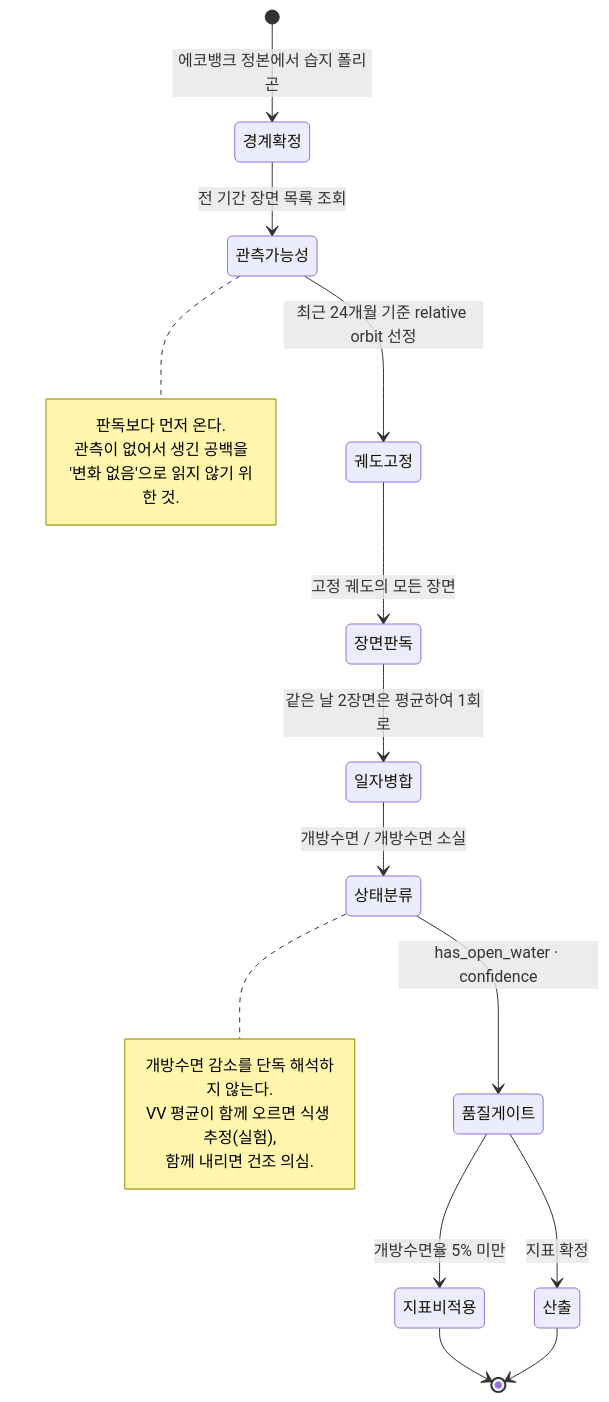
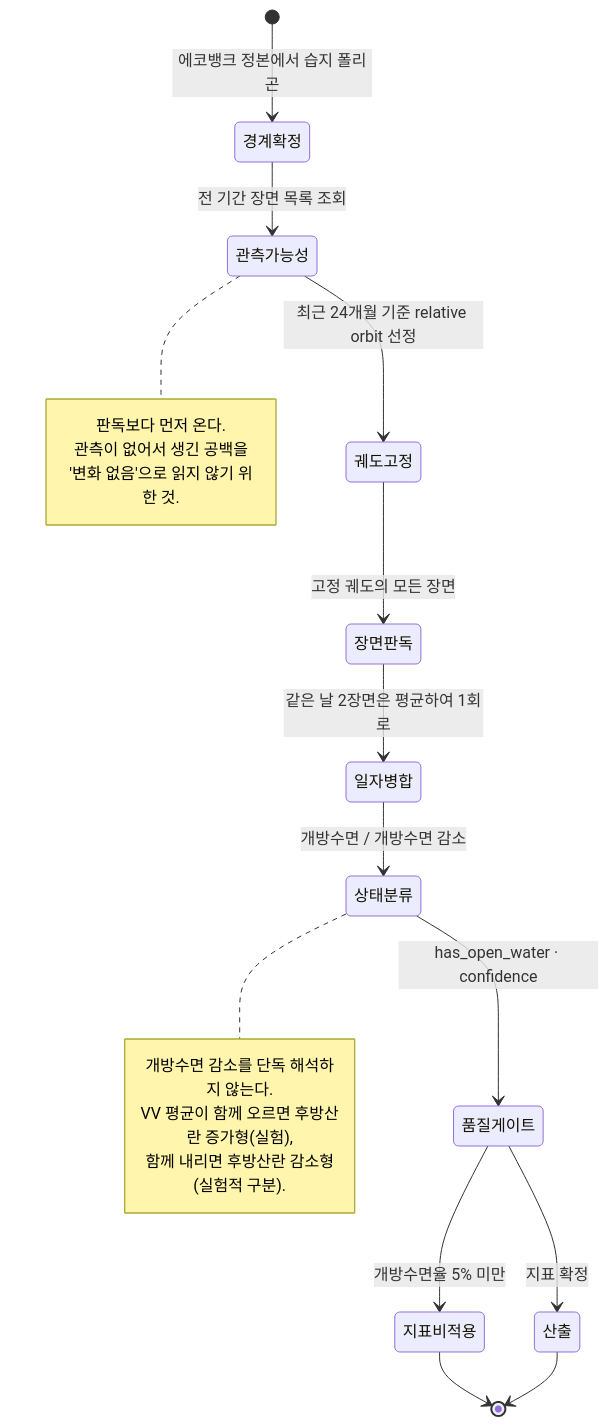
Before and after one commit to tradeprogram/ECO_SCOPE: the second of 2 diagrams in ARCHITECTURE.md, drawn with Mermaid. The commit also changed other lines of this file and 7 other files, not shown here.

````diff
--- a/ARCHITECTURE.md
+++ b/ARCHITECTURE.md
@@ -138,25 +138,25 @@
 ```mermaid
 stateDiagram-v2
     [*] --> 경계확정: 에코뱅크 정본에서 습지 폴리곤
     경계확정 --> 관측가능성: 전 기간 장면 목록 조회
     관측가능성 --> 궤도고정: 최근 24개월 기준 relative orbit 선정
     궤도고정 --> 장면판독: 고정 궤도의 모든 장면
     장면판독 --> 일자병합: 같은 날 2장면은 평균하여 1회로
-    일자병합 --> 상태분류: 개방수면 / 개방수면 소실
+    일자병합 --> 상태분류: 개방수면 / 개방수면 감소
     상태분류 --> 품질게이트: has_open_water · confidence
     품질게이트 --> 산출: 지표 확정
     품질게이트 --> 지표비적용: 개방수면율 5% 미만
     지표비적용 --> [*]
     산출 --> [*]
 
     note right of 관측가능성
         판독보다 먼저 온다.
         관측이 없어서 생긴 공백을
         '변화 없음'으로 읽지 않기 위한 것.
     end note
     note right of 상태분류
         개방수면 감소를 단독 해석하지 않는다.
-        VV 평균이 함께 오르면 식생 추정(실험),
-        함께 내리면 건조 의심.
+        VV 평균이 함께 오르면 후방산란 증가형(실험),
+        함께 내리면 후방산란 감소형(실험적 구분).
     end note
 ```
````
